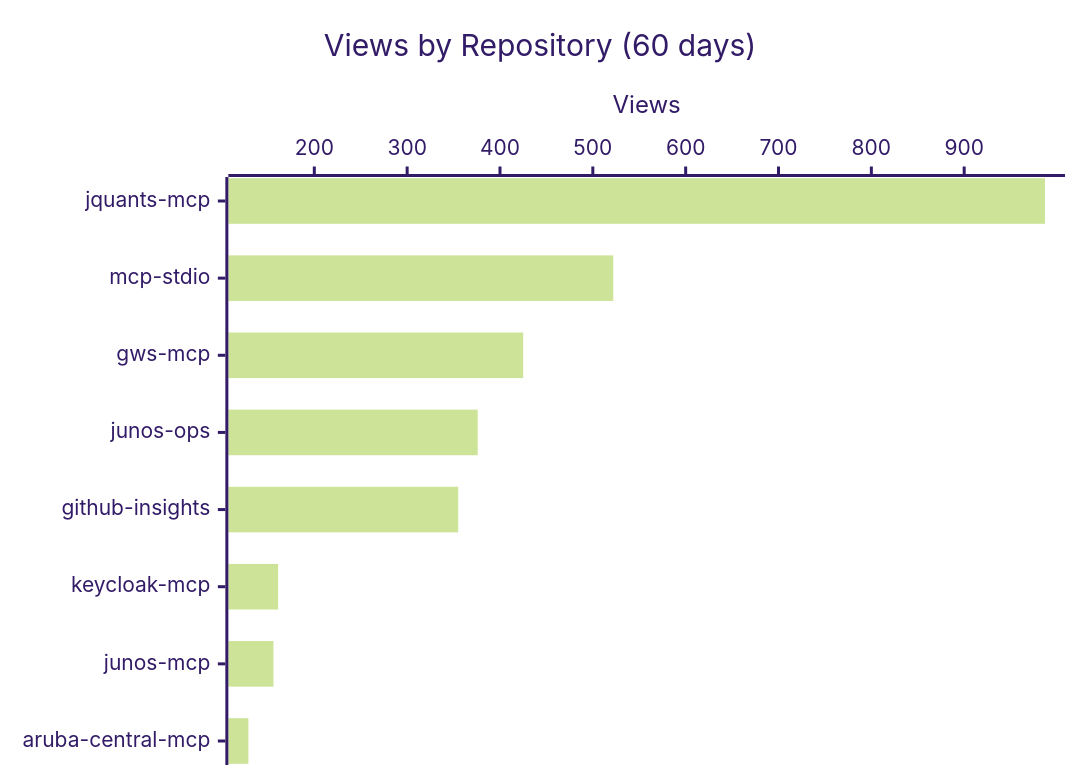
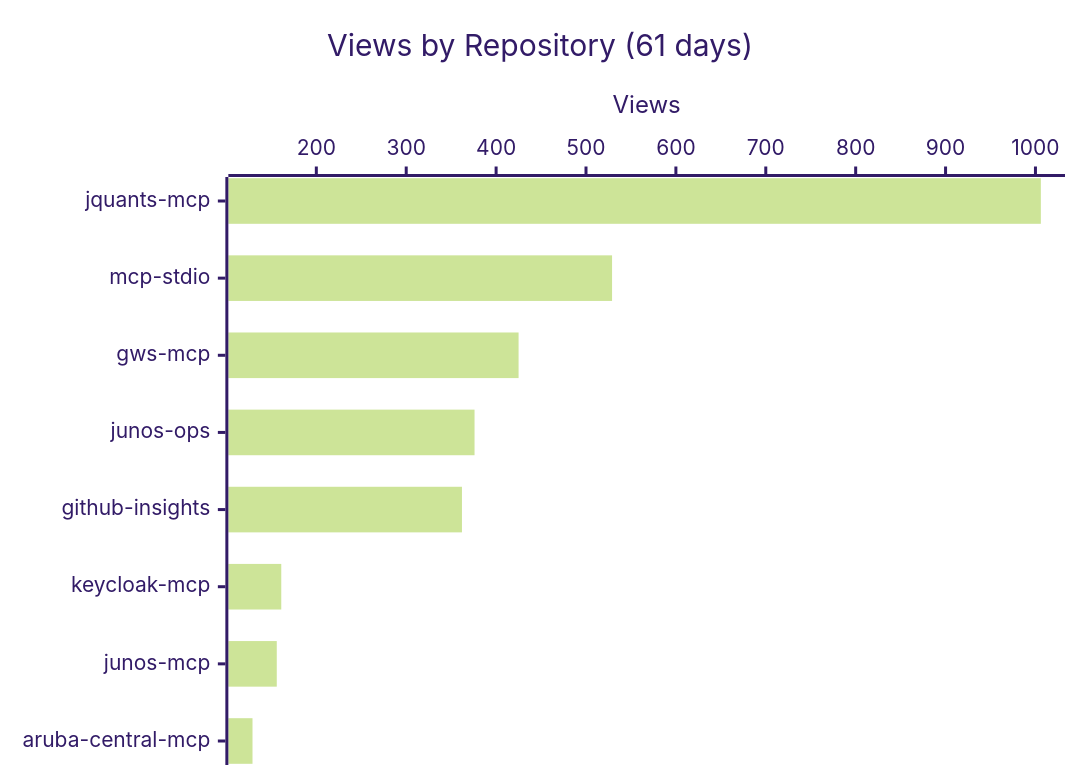
The first of 3 diagrams in README.md (shigechika/github-insights), drawn with Mermaid (forest theme) before and after one commit. The commit also changed other lines of this file and 2 other files, not shown here.

````diff
--- a/README.md
+++ b/README.md
@@ -18,7 +18,7 @@
 ```mermaid
 xychart-beta horizontal
-    title "Views by Repository (60 days)"
+    title "Views by Repository (61 days)"
     x-axis ["jquants-mcp", "mcp-stdio", "gws-mcp", "junos-ops", "github-insights", "keycloak-mcp", "junos-mcp", "aruba-central-mcp"]
     y-axis "Views"
-    bar [987, 522, 425, 376, 355, 161, 156, 129]
+    bar [1006, 529, 425, 376, 362, 161, 156, 129]
 ```
````
